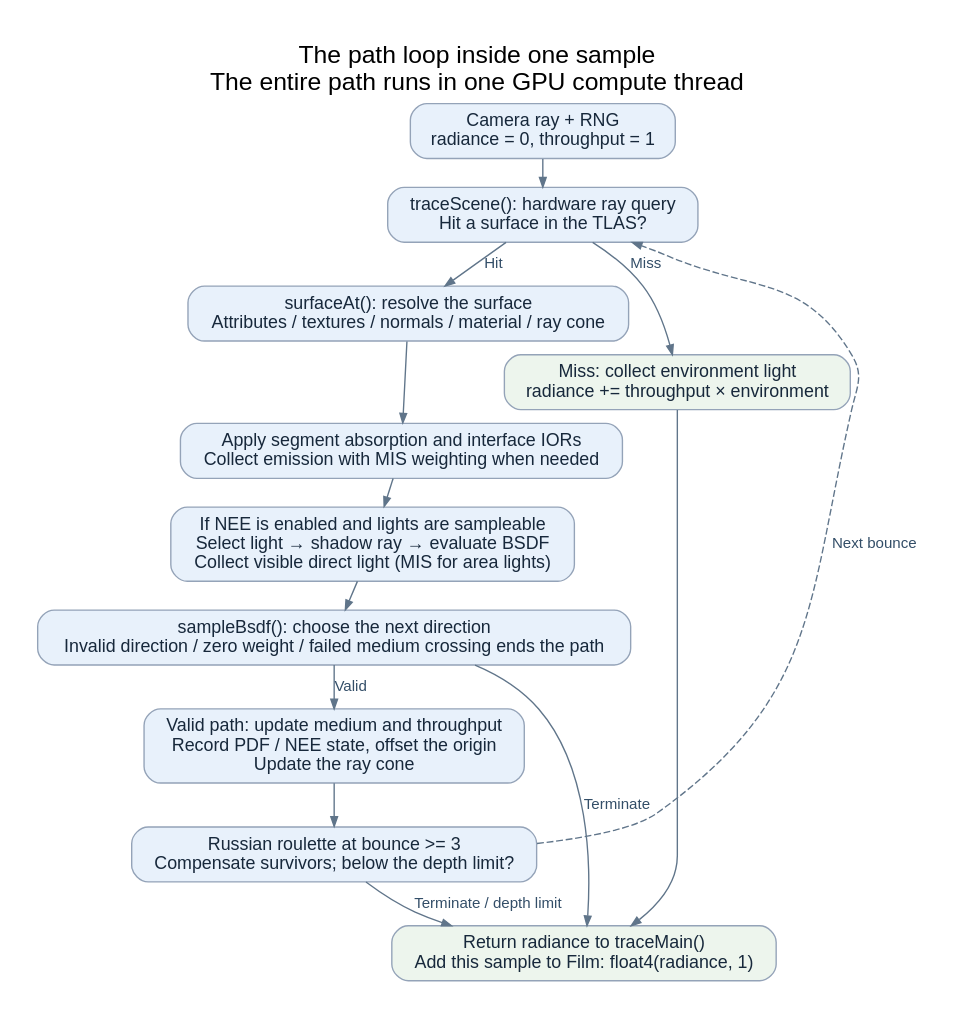
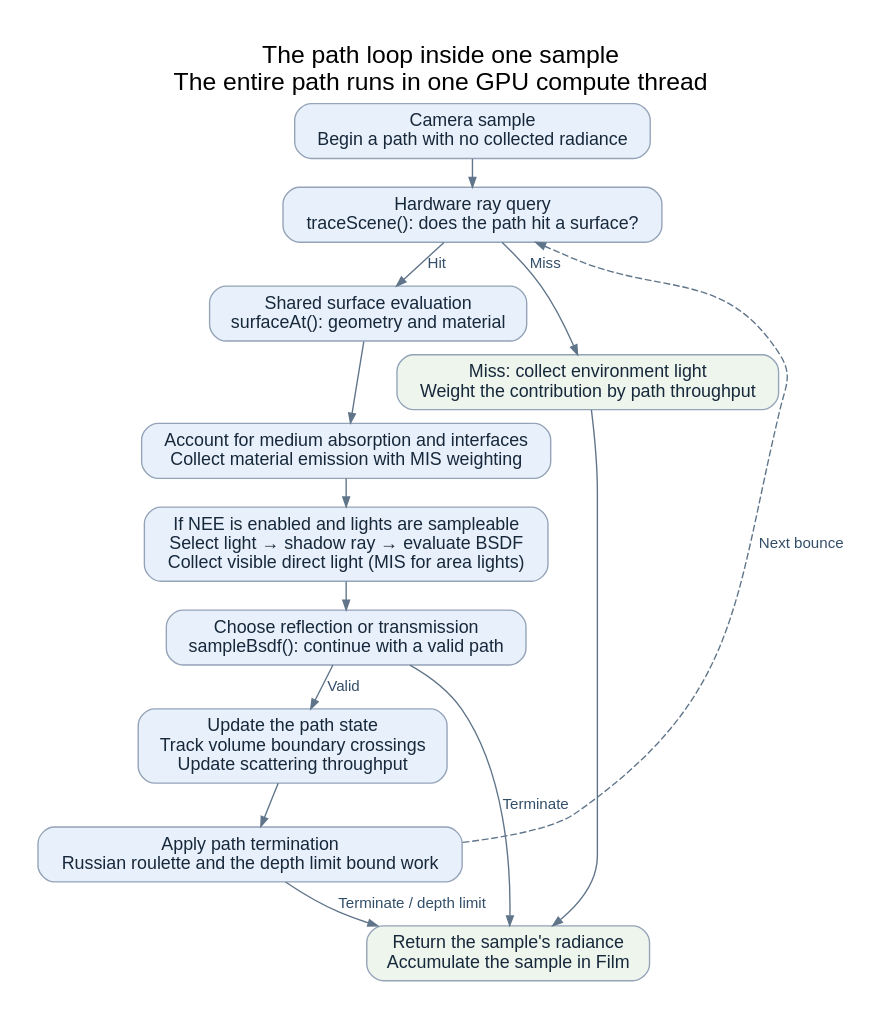
One commit to ippqw5/snr changed the diagram in docs/diagrams/path-bounce.dot. Above: the diagram before and after it, drawn with Graphviz. The commit also changed 12 other files, not shown here.

Commit message:
docs: simplify guidelines and focus references on architecture

```diff
--- a/docs/diagrams/path-bounce.dot
+++ b/docs/diagrams/path-bounce.dot
@@ -1,28 +1,28 @@
 digraph path_bounce {
   graph [rankdir=TB, bgcolor="#ffffff", pad=0.28, nodesep=0.30, ranksep=0.28,
          fontname="Arial", fontsize=18, labelloc=t,
          label="The path loop inside one sample\nThe entire path runs in one GPU compute thread"];
   node [shape=box, style="rounded,filled", fillcolor="#e8f1fb", color="#94a3b8",
         fontcolor="#17283b", fontname="Arial", fontsize=13, margin="0.16,0.09"];
   edge [color="#60758a", fontcolor="#334e68", fontname="Arial", fontsize=11, arrowsize=0.7];
-  start [label="Camera ray + RNG\nradiance = 0, throughput = 1"];
-  query [label="traceScene(): hardware ray query\nHit a surface in the TLAS?"];
-  surface [label="surfaceAt(): resolve the surface\nAttributes / textures / normals / material / ray cone"];
-  emission [label="Apply segment absorption and interface IORs\nCollect emission with MIS weighting when needed"];
+  start [label="Camera sample\nBegin a path with no collected radiance"];
+  query [label="Hardware ray query\ntraceScene(): does the path hit a surface?"];
+  surface [label="Shared surface evaluation\nsurfaceAt(): geometry and material"];
+  emission [label="Account for medium absorption and interfaces\nCollect material emission with MIS weighting"];
   nee [label="If NEE is enabled and lights are sampleable\nSelect light → shadow ray → evaluate BSDF\nCollect visible direct light (MIS for area lights)"];
-  bsdf [label="sampleBsdf(): choose the next direction\nInvalid direction / zero weight / failed medium crossing ends the path"];
-  state [label="Valid path: update medium and throughput\nRecord PDF / NEE state, offset the origin\nUpdate the ray cone"];
-  stop [label="Russian roulette at bounce >= 3\nCompensate survivors; below the depth limit?"];
-  miss [label="Miss: collect environment light\nradiance += throughput × environment", fillcolor="#edf5ed"];
-  result [label="Return radiance to traceMain()\nAdd this sample to Film: float4(radiance, 1)", fillcolor="#edf5ed"];
+  bsdf [label="Choose reflection or transmission\nsampleBsdf(): continue with a valid path"];
+  state [label="Update the path state\nTrack volume boundary crossings\nUpdate scattering throughput"];
+  stop [label="Apply path termination\nRussian roulette and the depth limit bound work"];
+  miss [label="Miss: collect environment light\nWeight the contribution by path throughput", fillcolor="#edf5ed"];
+  result [label="Return the sample's radiance\nAccumulate the sample in Film", fillcolor="#edf5ed"];
   start -> query;
   query -> surface [label="Hit"];
   query -> miss [label="Miss"];
   surface -> emission -> nee -> bsdf;
   bsdf -> state [label="Valid"];
   bsdf -> result [label="Terminate"];
   state -> stop;
   stop -> query [style=dashed, label="Next bounce", constraint=false];
   stop -> result [label="Terminate / depth limit"];
   miss -> result;
 }
```
